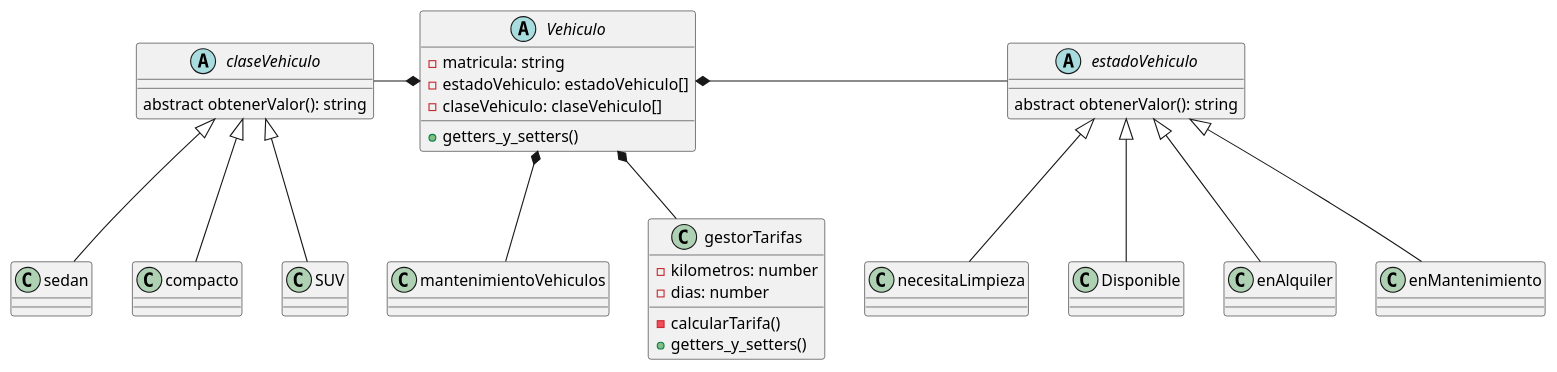
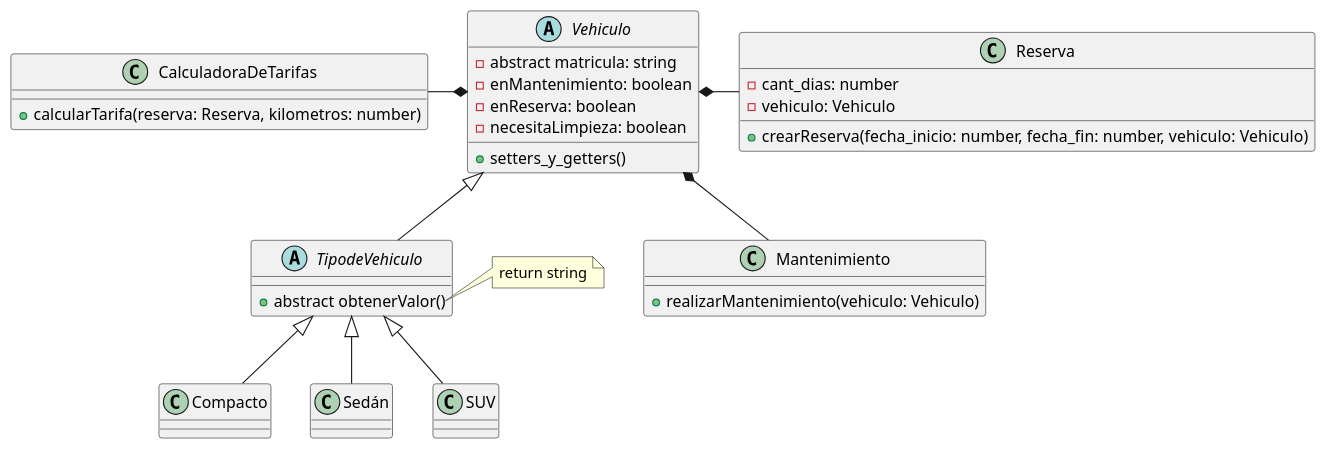
One commit to AlejoSuarez-37/Trabajo-Practico-Grupo16 changed the diagram in diagramas/clases.puml. Above: the diagram before and after it, drawn with PlantUML.

Commit message:
Diagrama de clases 2.0(Alejo Suarez)

```diff
--- a/diagramas/clases.puml
+++ b/diagramas/clases.puml
@@ -1,78 +1,61 @@
 @startuml
 
 abstract class Vehiculo {
-    - matricula: string
-    - estadoVehiculo: estadoVehiculo[]
-    - claseVehiculo: claseVehiculo[]
+    - abstract matricula: string
+    - enMantenimiento: boolean
+    - enReserva: boolean
+    - necesitaLimpieza: boolean
 
-    + getters_y_setters()
+    + setters_y_getters()
 }
 
-class mantenimientoVehiculos {
+class CalculadoraDeTarifas {
+    + calcularTarifa(reserva: Reserva, kilometros: number)
+}
+
+class Reserva {
+    - cant_dias: number
+    - vehiculo: Vehiculo
+    + crearReserva(fecha_inicio: number, fecha_fin: number, vehiculo: Vehiculo)
+}
+
+class Mantenimiento {
+    + realizarMantenimiento(vehiculo: Vehiculo)
+}
+
+abstract class TipodeVehiculo {
+    + abstract obtenerValor()
+}
+
+class Compacto {
 
 }
-
-class gestorTarifas {
-    - kilometros: number
-    - dias: number
-    - calcularTarifa()
-    + getters_y_setters()
-}
-
-abstract class claseVehiculo {
-    abstract obtenerValor(): string
-}
-
-class sedan {
-    
-}
-
-class compacto {
+class Sedán {
 
 }
-
 class SUV {
 
 }
 
-abstract class estadoVehiculo {
-    abstract obtenerValor(): string
-}
-
-class necesitaLimpieza {
-
-}
-
-class Disponible {
-    
-}
-
-class enAlquiler {
-    
-}
-
-class enMantenimiento {
-    
-}
-
 ' Relaciones
 
-Vehiculo *-d- mantenimientoVehiculos
-Vehiculo *-d- gestorTarifas
+Vehiculo *-l- CalculadoraDeTarifas
+Vehiculo *-d- Mantenimiento
+Vehiculo *-r- Reserva
+Vehiculo <|-d- TipodeVehiculo
 
-Vehiculo *-l- claseVehiculo
-Vehiculo *-r- estadoVehiculo
 
-claseVehiculo <|-d- sedan
-claseVehiculo <|-d- compacto
-claseVehiculo <|-d- SUV
+TipodeVehiculo <|-- Compacto
+TipodeVehiculo <|-- Sedán
+TipodeVehiculo <|-- SUV
 
-estadoVehiculo <|-d- necesitaLimpieza
-estadoVehiculo <|-d- Disponible
-estadoVehiculo <|-d- enAlquiler
-estadoVehiculo <|-d- enMantenimiento
+' Notas
 
+note right of TipodeVehiculo::obtenerValor
+    'devuelve un valor de tipo string
+    return string
+end note
 
 
 
 @enduml
```
